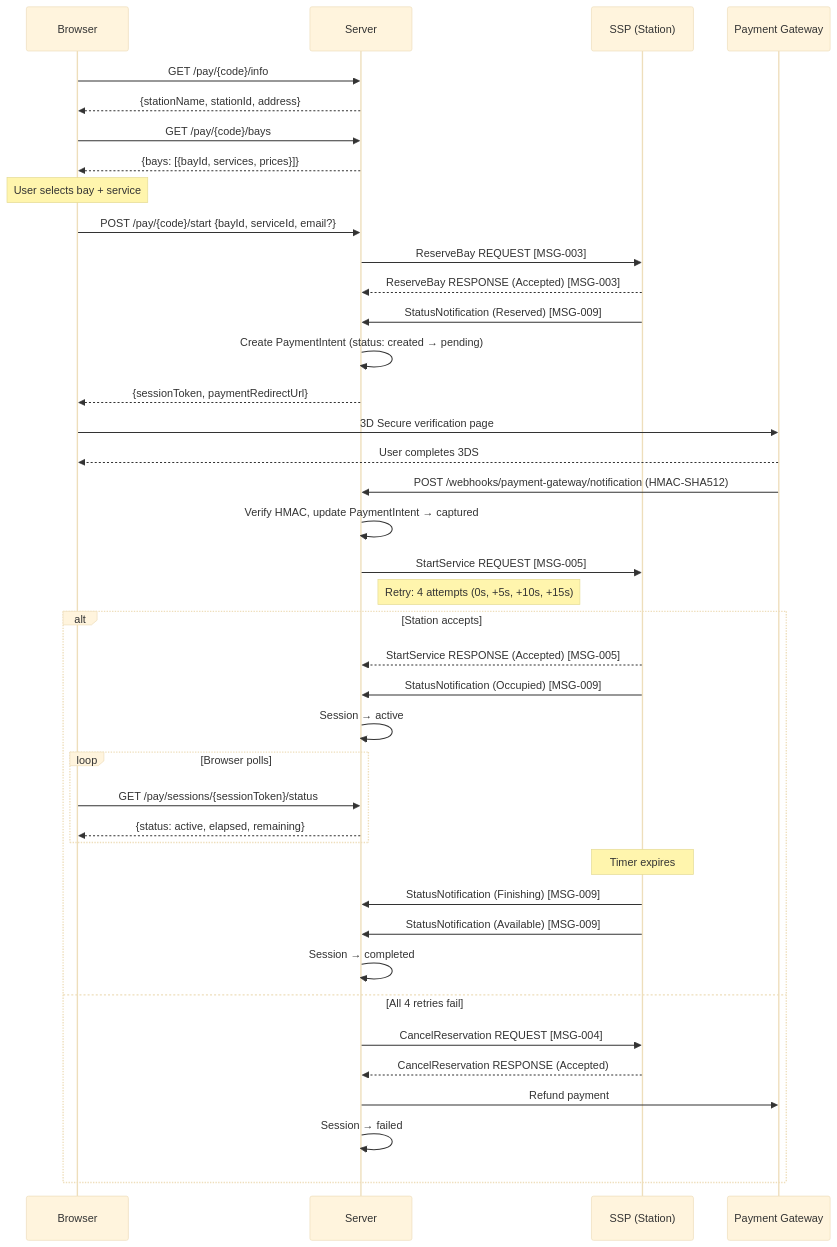
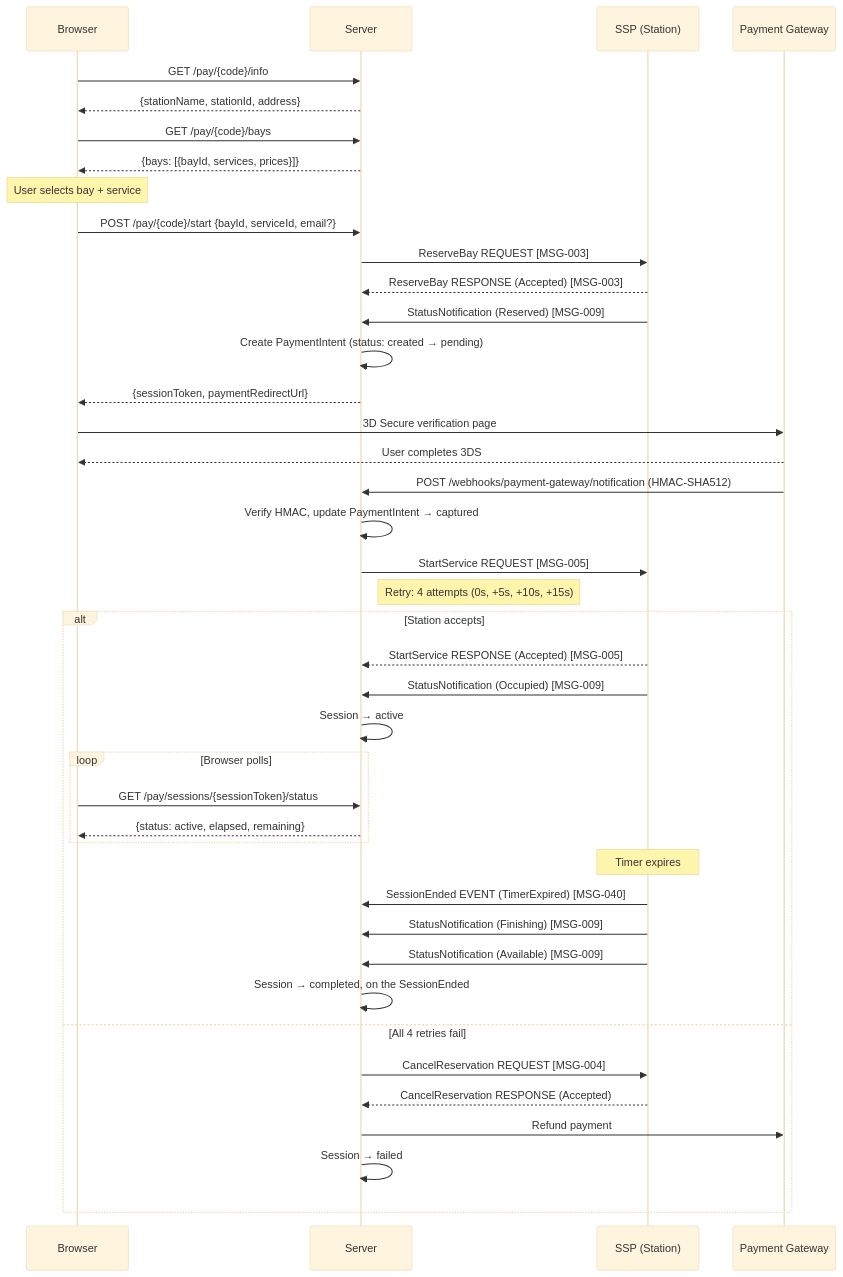
Before and after one commit to ospp-org/spec: the fourth of 19 diagrams in spec/04-flows.md, drawn with Mermaid (base theme). The commit also changed other lines of this file and 16 other files, not shown here.

````diff
--- a/spec/04-flows.md
+++ b/spec/04-flows.md
@@ -598,53 +598,54 @@
 ```mermaid
 sequenceDiagram
     participant Browser as Browser
     participant Server
     participant SSP as SSP (Station)
     participant PG as Payment Gateway
 
     Browser->>Server: GET /pay/{code}/info
     Server-->>Browser: {stationName, stationId, address}
     Browser->>Server: GET /pay/{code}/bays
     Server-->>Browser: {bays: [{bayId, services, prices}]}
 
     Note over Browser: User selects bay + service
 
     Browser->>Server: POST /pay/{code}/start {bayId, serviceId, email?}
     Server->>SSP: ReserveBay REQUEST [MSG-003]
     SSP-->>Server: ReserveBay RESPONSE (Accepted) [MSG-003]
     SSP->>Server: StatusNotification (Reserved) [MSG-009]
 
     Server->>Server: Create PaymentIntent (status: created → pending)
     Server-->>Browser: {sessionToken, paymentRedirectUrl}
 
     Browser->>PG: 3D Secure verification page
     PG-->>Browser: User completes 3DS
 
     PG->>Server: POST /webhooks/payment-gateway/notification (HMAC-SHA512)
     Server->>Server: Verify HMAC, update PaymentIntent → captured
 
     Server->>SSP: StartService REQUEST [MSG-005]
     Note right of Server: Retry: 4 attempts (0s, +5s, +10s, +15s)
 
     alt Station accepts
         SSP-->>Server: StartService RESPONSE (Accepted) [MSG-005]
         SSP->>Server: StatusNotification (Occupied) [MSG-009]
         Server->>Server: Session → active
 
         loop Browser polls
             Browser->>Server: GET /pay/sessions/{sessionToken}/status
             Server-->>Browser: {status: active, elapsed, remaining}
         end
 
         Note over SSP: Timer expires
+        SSP->>Server: SessionEnded EVENT (TimerExpired) [MSG-040]
         SSP->>Server: StatusNotification (Finishing) [MSG-009]
         SSP->>Server: StatusNotification (Available) [MSG-009]
-        Server->>Server: Session → completed
+        Server->>Server: Session → completed, on the SessionEnded
 
     else All 4 retries fail
         Server->>SSP: CancelReservation REQUEST [MSG-004]
         SSP-->>Server: CancelReservation RESPONSE (Accepted)
         Server->>PG: Refund payment
         Server->>Server: Session → failed
     end
 ```
````
